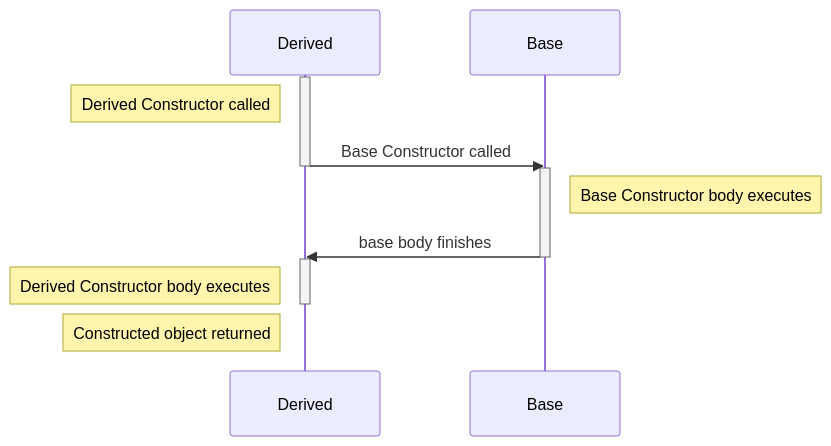
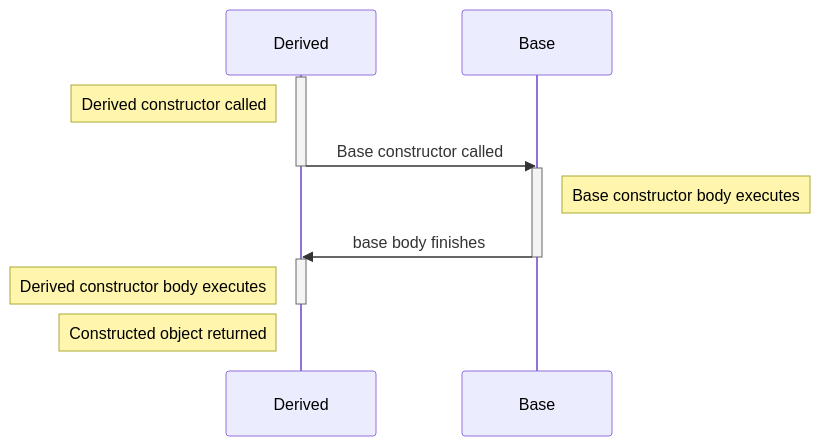
The second of 2 diagrams in Week 3/Day12.md (JonOfScience/Engineering120), drawn with Mermaid before and after one commit. The commit also changed other lines of this file, not shown here.

Commit message:
Added Class Diagram to Day 12

````diff
--- a/Week 3/Day12.md
+++ b/Week 3/Day12.md
@@ -92,17 +101,17 @@
  ```mermaid
  sequenceDiagram
     participant Derived
     participant Base
     activate Derived
-    Note left of Derived: Derived Constructor called
-    Derived ->> Base: Base Constructor called 
+    Note left of Derived: Derived constructor called
+    Derived ->> Base: Base constructor called 
     deactivate Derived
     activate Base
-    Note right of Base: Base Constructor body executes
+    Note right of Base: Base constructor body executes
     Base ->> Derived: base body finishes
     deactivate Base
     activate Derived
-    Note left of Derived: Derived Constructor body executes
+    Note left of Derived: Derived constructor body executes
     deactivate Derived
     Note left of Derived: Constructed object returned
  ```
````
